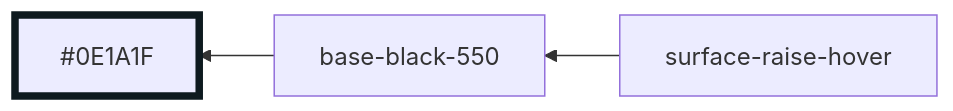
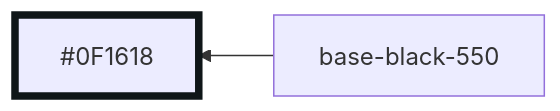
One commit to oxidecomputer/console changed diagram 28 of 30 in libs/ui/styles/themes/main.md. Above: the diagram before and after it, drawn with Mermaid. The commit also changed other lines of this file and 6 other files, not shown here.

````diff
--- a/libs/ui/styles/themes/main.md
+++ b/libs/ui/styles/themes/main.md
@@ -354,7 +356,6 @@
 ```mermaid
 graph RL
-  base-black-550 --> #0E1A1F:::base-black-550
-  surface-raise-hover --> base-black-550
+  base-black-550 --> #0F1618:::base-black-550
 
-  classDef base-black-550 stroke-width:5,stroke:#0E1A1F
+  classDef base-black-550 stroke-width:5,stroke:#0F1618
 ```
````
